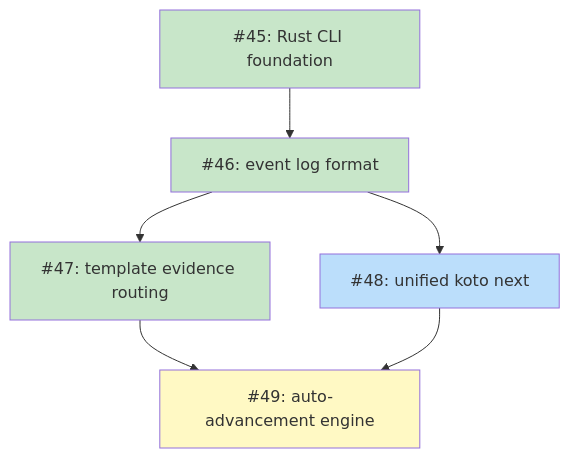
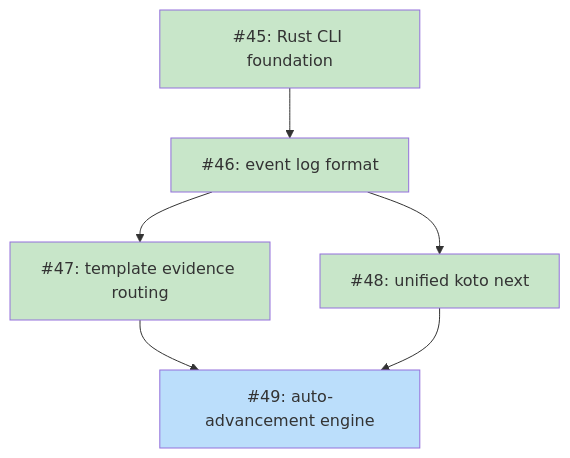
Before and after one commit to tsukumogami/koto: the diagram in docs/plans/PLAN-unified-koto-next.md, drawn with Mermaid. The commit also changed other lines of this file and 17 other files, not shown here.

````diff
--- a/docs/plans/PLAN-unified-koto-next.md
+++ b/docs/plans/PLAN-unified-koto-next.md
@@ -49,28 +50,28 @@
 ```mermaid
 graph TD
     I45["#45: Rust CLI foundation"]
     I46["#46: event log format"]
     I47["#47: template evidence routing"]
     I48["#48: unified koto next"]
     I49["#49: auto-advancement engine"]
 
     I45 --> I46
     I46 --> I47
     I46 --> I48
     I47 --> I49
     I48 --> I49
 
     classDef done fill:#c8e6c9
     classDef ready fill:#bbdefb
     classDef blocked fill:#fff9c4
     classDef needsDesign fill:#e1bee7
     classDef needsPrd fill:#b3e5fc
     classDef needsSpike fill:#ffcdd2
     classDef needsDecision fill:#d1c4e9
     classDef tracksDesign fill:#FFE0B2,stroke:#F57C00,color:#000
     classDef tracksPlan fill:#FFE0B2,stroke:#F57C00,color:#000
 
     class I45,I46,I47 done
-    class I48 ready
-    class I49 blocked
+    class I48 done
+    class I49 ready
 ```
````
